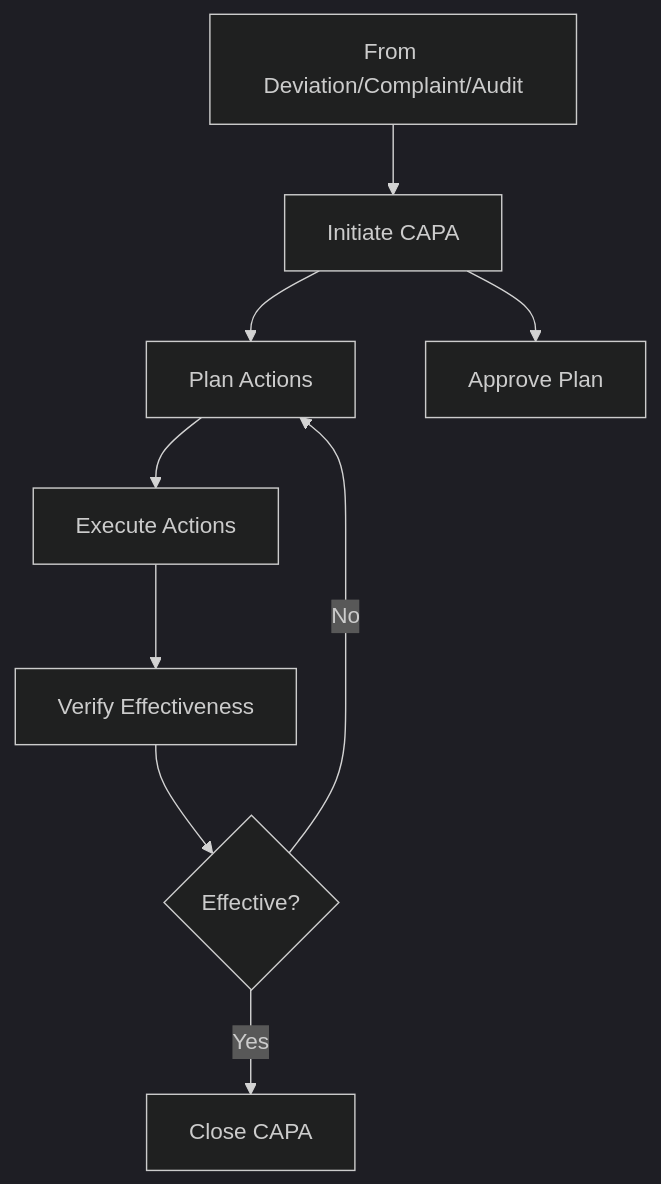
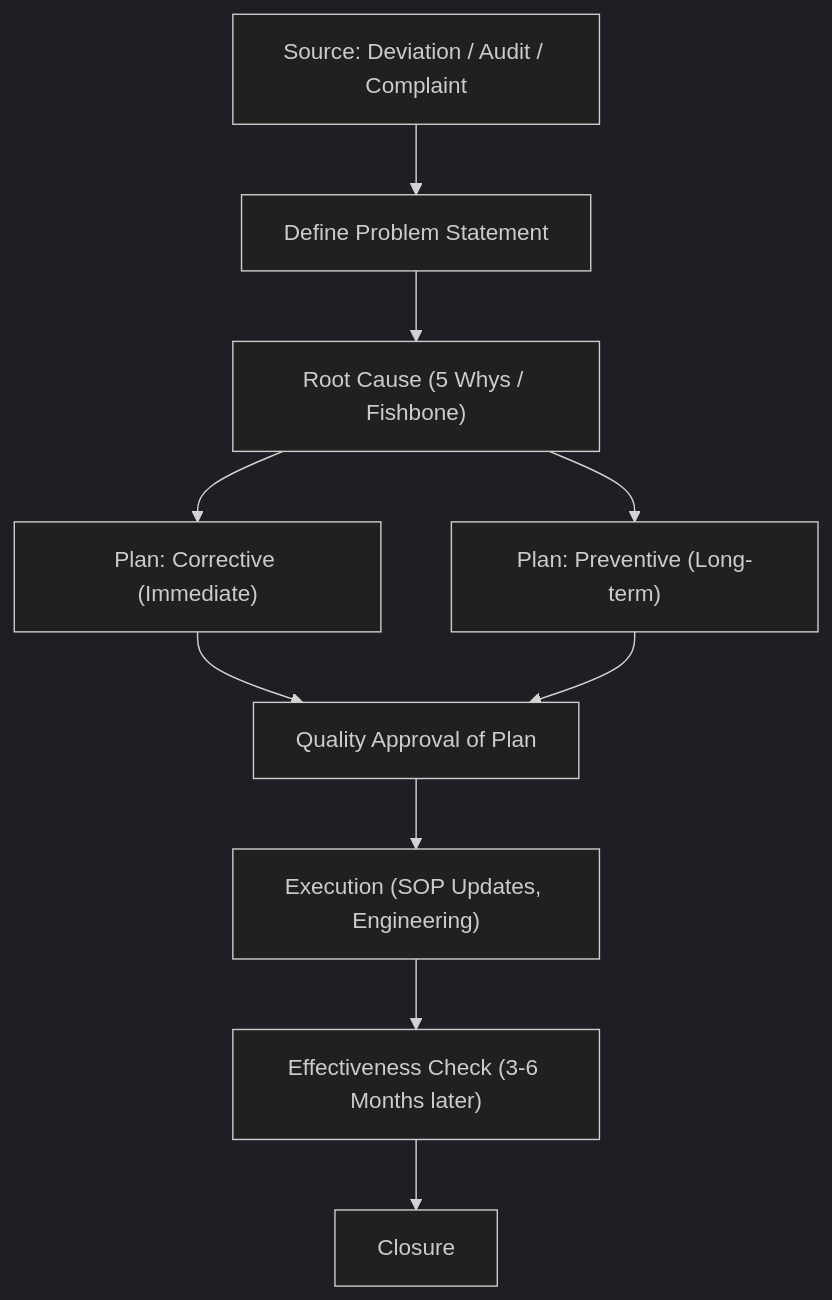
The third of 6 diagrams in README.md (HarshitaOberoi/QMS), drawn with Mermaid (dark theme) before and after one commit. The commit also changed other lines of this file, not shown here.

````diff
--- a/README.md
+++ b/README.md
@@ -73,11 +94,11 @@
 ```mermaid
 graph TD
-    A[From Deviation/Complaint/Audit] --> B[Initiate CAPA]
-    B --> C[Plan Actions]
-    B --> D[Approve Plan]
-    C --> E[Execute Actions]
-    E --> F[Verify Effectiveness]
-    F --> G{Effective?}
-    G -- Yes --> H[Close CAPA]
-    G -- No --> C
+    A["Source: Deviation / Audit / Complaint"] --> B["Define Problem Statement"]
+    B --> C["Root Cause (5 Whys / Fishbone)"]
+    C --> D["Plan: Corrective (Immediate)"]
+    C --> E["Plan: Preventive (Long-term)"]
+    D & E --> F["Quality Approval of Plan"]
+    F --> G["Execution (SOP Updates, Engineering)"]
+    G --> H["Effectiveness Check (3-6 Months later)"]
+    H --> I["Closure"]
 ```
````
